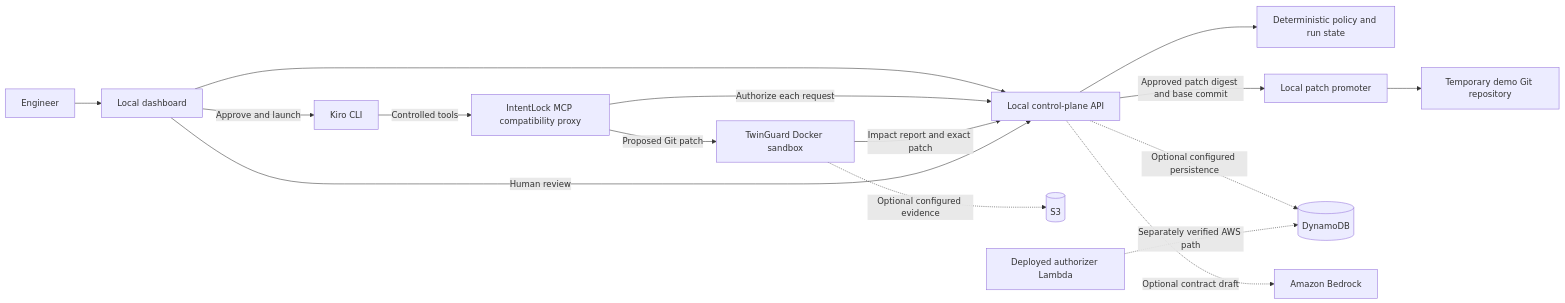
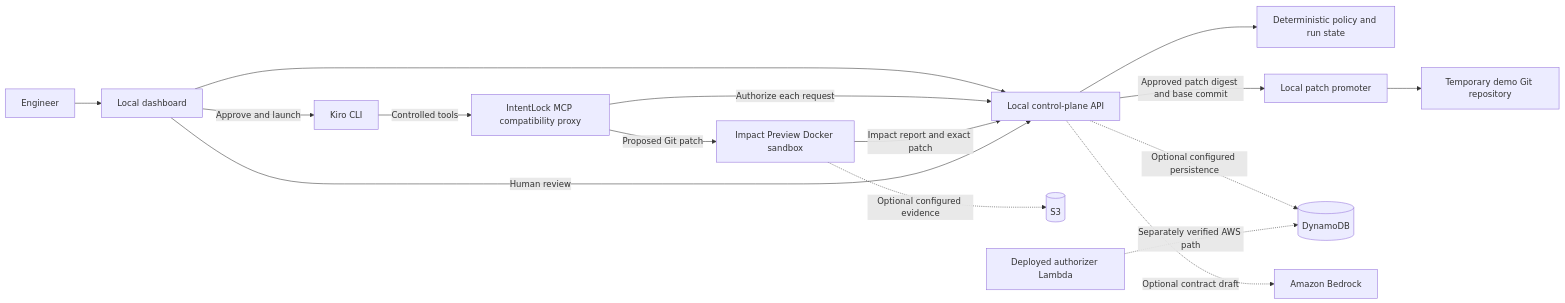
Before and after one commit to kavinsaravan/IntentLock: the diagram in README.md, drawn with Mermaid. The commit also changed other lines of this file and 42 other files, not shown here.

Commit message:
Rename TwinGuard feature to Impact Preview

````diff
--- a/README.md
+++ b/README.md
@@ -27,18 +29,18 @@
 ```mermaid
 flowchart LR
     Human[Engineer] --> Web[Local dashboard]
     Web --> API[Local control-plane API]
     API --> Policy[Deterministic policy and run state]
     Web -->|Approve and launch| Kiro[Kiro CLI]
     Kiro -->|Controlled tools| MCP[IntentLock MCP compatibility proxy]
     MCP -->|Authorize each request| API
-    MCP -->|Proposed Git patch| TG[TwinGuard Docker sandbox]
-    TG -->|Impact report and exact patch| API
+    MCP -->|Proposed Git patch| Preview[Impact Preview Docker sandbox]
+    Preview -->|Impact report and exact patch| API
     Web -->|Human review| API
     API -->|Approved patch digest and base commit| Promoter[Local patch promoter]
     Promoter --> Demo[Temporary demo Git repository]
     API -.->|Optional configured persistence| DynamoDB[(DynamoDB)]
-    TG -.->|Optional configured evidence| S3[(S3)]
+    Preview -.->|Optional configured evidence| S3[(S3)]
     API -.->|Optional contract draft| Bedrock[Amazon Bedrock]
     Lambda[Deployed authorizer Lambda] -.->|Separately verified AWS path| DynamoDB
 ```
````
